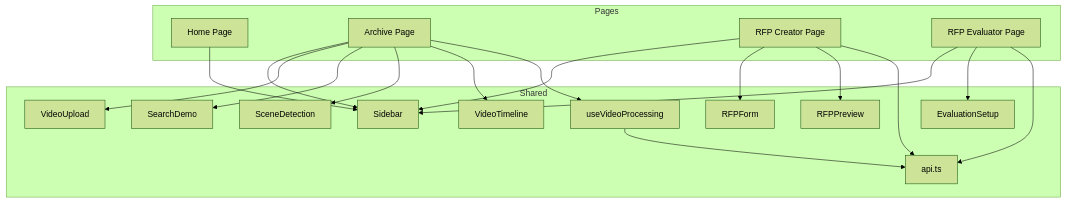
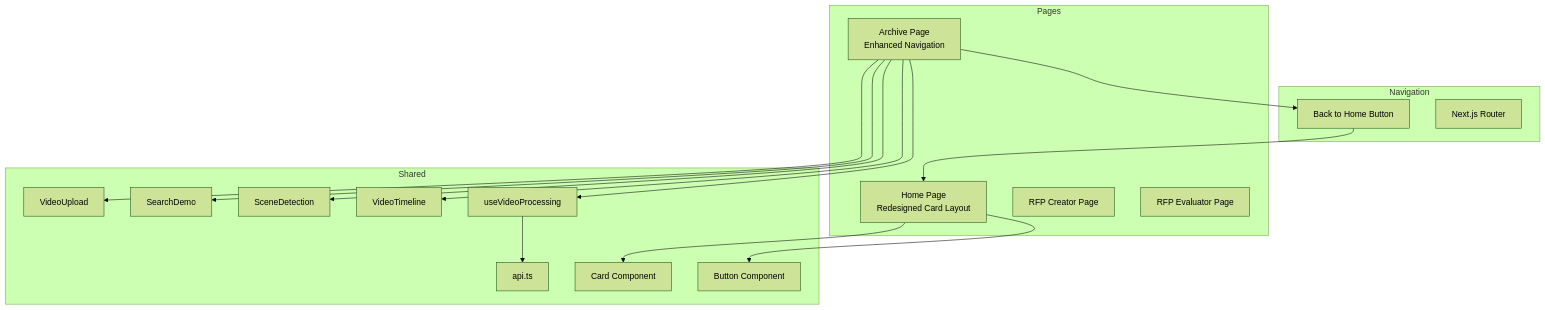
The second of 7 diagrams in .qoder/repowiki/en/content/Frontend Application/Page Components & Routing/Page Components & Routing.md (alexandreybasta-cyber/dubai-media-ai), drawn with Mermaid (forest theme) before and after one commit. The commit also changed other lines of this file and 4 other files, not shown here.

````diff
--- a/.qoder/repowiki/en/content/Frontend Application/Page Components & Routing/Page Components & Routing.md
+++ b/.qoder/repowiki/en/content/Frontend Application/Page Components & Routing/Page Components & Routing.md
@@ -116,36 +113,33 @@
 ```mermaid
 graph TB
 subgraph "Pages"
-P_HOME["Home Page"]
-P_ARCH["Archive Page"]
+P_HOME["Home Page<br/>Redesigned Card Layout"]
+P_ARCH["Archive Page<br/>Enhanced Navigation"]
 P_RFP_C["RFP Creator Page"]
 P_RFP_E["RFP Evaluator Page"]
 end
+subgraph "Navigation"
+NAV_BACK["Back to Home Button"]
+NAV_ROUTER["Next.js Router"]
+end
 subgraph "Shared"
-COMP_SIDEBAR["Sidebar"]
 COMP_UPLOAD["VideoUpload"]
-COMP_FORM["RFPForm"]
-COMP_PREVIEW["RFPPreview"]
-COMP_SETUP["EvaluationSetup"]
 COMP_SEARCH["SearchDemo"]
 COMP_SCENE["SceneDetection"]
 COMP_TIMELINE["VideoTimeline"]
 HOOK_USE["useVideoProcessing"]
 API["api.ts"]
+COMP_CARD["Card Component"]
+COMP_BUTTON["Button Component"]
 end
-P_HOME --> COMP_SIDEBAR
-P_ARCH --> COMP_SIDEBAR
-P_RFP_C --> COMP_SIDEBAR
-P_RFP_E --> COMP_SIDEBAR
+P_HOME --> COMP_CARD
+P_HOME --> COMP_BUTTON
+P_ARCH --> NAV_BACK
+NAV_BACK --> P_HOME
 P_ARCH --> COMP_UPLOAD
 P_ARCH --> COMP_SEARCH
 P_ARCH --> COMP_SCENE
 P_ARCH --> COMP_TIMELINE
 P_ARCH --> HOOK_USE
 HOOK_USE --> API
-P_RFP_C --> COMP_FORM
-P_RFP_C --> COMP_PREVIEW
-P_RFP_C --> API
-P_RFP_E --> COMP_SETUP
-P_RFP_E --> API
 ```
````
